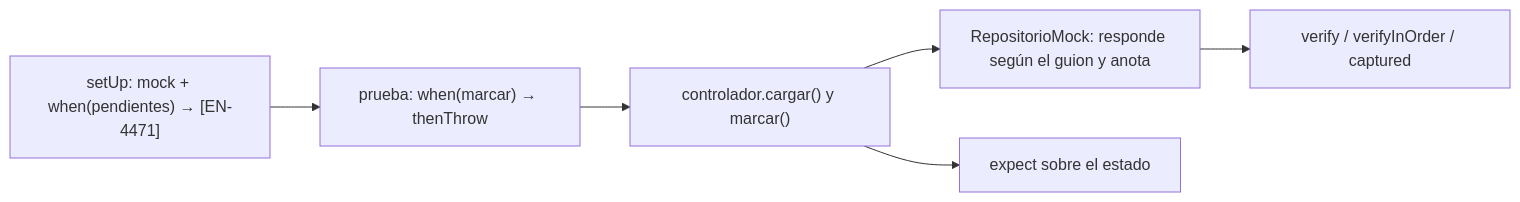
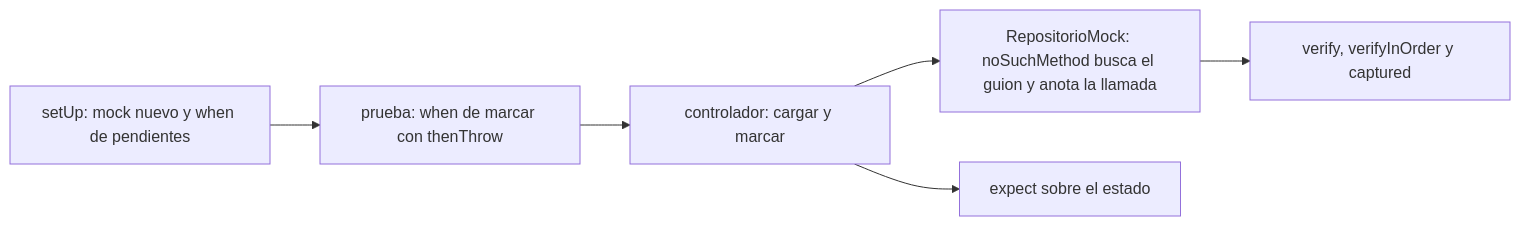
The third of 5 diagrams in web/public/content/flutter/modulo-9.md (NICORUIZ93/The_Imperial_Book), drawn with Mermaid before and after one commit. The commit also changed other lines of this file and 65 other files, not shown here.

````diff
--- a/web/public/content/flutter/modulo-9.md
+++ b/web/public/content/flutter/modulo-9.md
@@ -790,8 +1015,8 @@
 ```mermaid
 flowchart LR
-    S["setUp: mock + when(pendientes) → [EN-4471]"] --> T["prueba: when(marcar) → thenThrow"]
-    T --> C["controlador.cargar() y marcar()"]
-    C --> M["RepositorioMock: responde según el guion y anota"]
-    M --> V["verify / verifyInOrder / captured"]
+    S["setUp: mock nuevo y when de pendientes"] --> T["prueba: when de marcar con thenThrow"]
+    T --> C["controlador: cargar y marcar"]
+    C --> M["RepositorioMock: noSuchMethod busca el guion y anota la llamada"]
+    M --> V["verify, verifyInOrder y captured"]
     C --> E["expect sobre el estado"]
 ```
````
